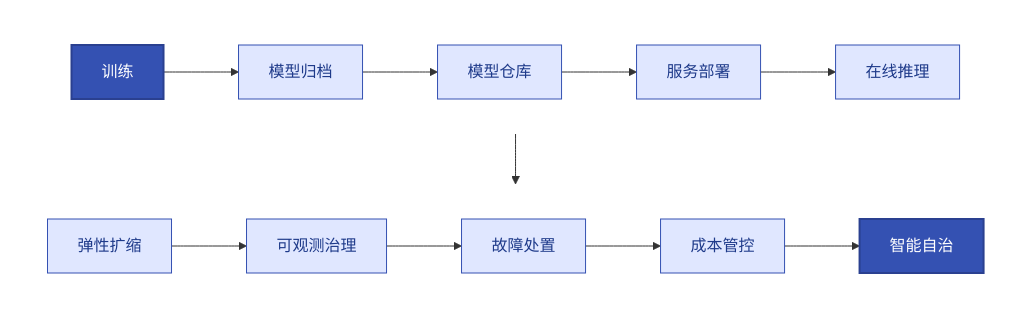
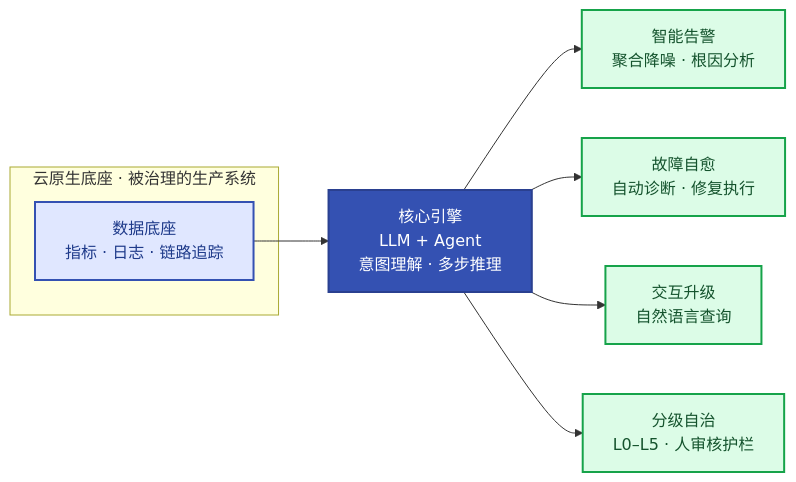
The diagram in docs/03-ainative-ops-paradigm.md (jackiesre721/ai-native-ops), drawn with Mermaid before and after one commit. The commit also changed other lines of this file and 26 other files, not shown here.

````diff
--- a/docs/03-ainative-ops-paradigm.md
+++ b/docs/03-ainative-ops-paradigm.md
@@ -13,18 +13,22 @@
 ```mermaid
-flowchart TB
-    subgraph r1[" "]
-      direction LR
-      T[训练] --> A[模型归档] --> R[模型仓库] --> D[服务部署] --> I[在线推理]
+flowchart LR
+    subgraph base["云原生底座 · 被治理的生产系统"]
+        D["数据底座<br/>指标 · 日志 · 链路追踪"]
     end
-    subgraph r2[" "]
-      direction LR
-      S[弹性扩缩] --> O[可观测治理] --> F[故障处置] --> C[成本管控] --> U[智能自治]
-    end
-    I --> S
-    style r1 fill:none,stroke:none
-    style r2 fill:none,stroke:none
-    classDef start fill:#3451b2,color:#fff,stroke:#2a4090,stroke-width:2px
-    classDef proc fill:#e0e7ff,stroke:#3451b2,color:#1e3a8a
-    class T,U start
-    class A,R,D,I,S,O,F,C proc
+    E["核心引擎<br/>LLM + Agent<br/>意图理解 · 多步推理"]
+    A["智能告警<br/>聚合降噪 · 根因分析"]
+    F["故障自愈<br/>自动诊断 · 修复执行"]
+    N["交互升级<br/>自然语言查询"]
+    L["分级自治<br/>L0–L5 · 人审核护栏"]
+    D --> E
+    E --> A
+    E --> F
+    E --> N
+    E --> L
+    classDef src fill:#e0e7ff,stroke:#3451b2,color:#1e3a8a,stroke-width:2px
+    classDef eng fill:#3451b2,color:#ffffff,stroke:#2a4090,stroke-width:2px
+    classDef app fill:#dcfce7,stroke:#16a34a,color:#14532d,stroke-width:2px
+    class D src
+    class E eng
+    class A,F,N,L app
 ```
````
